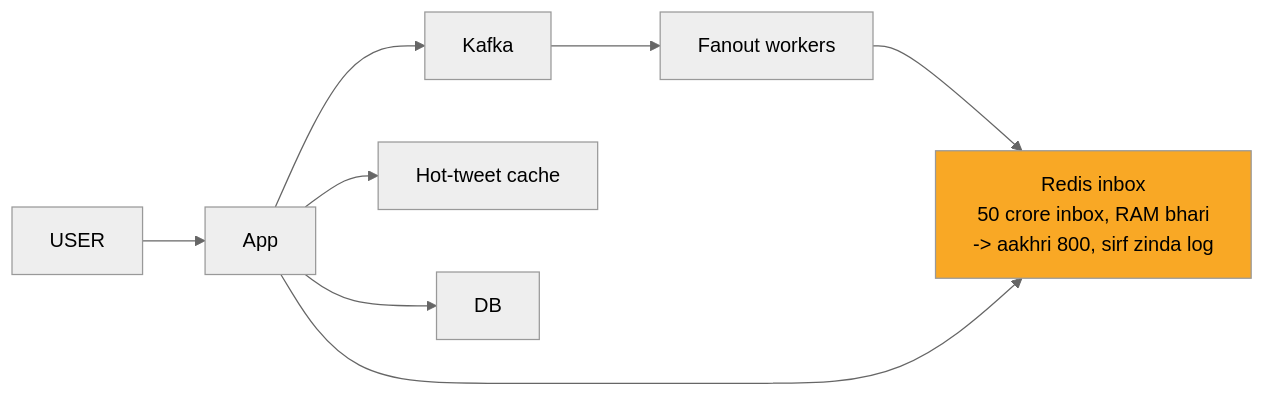
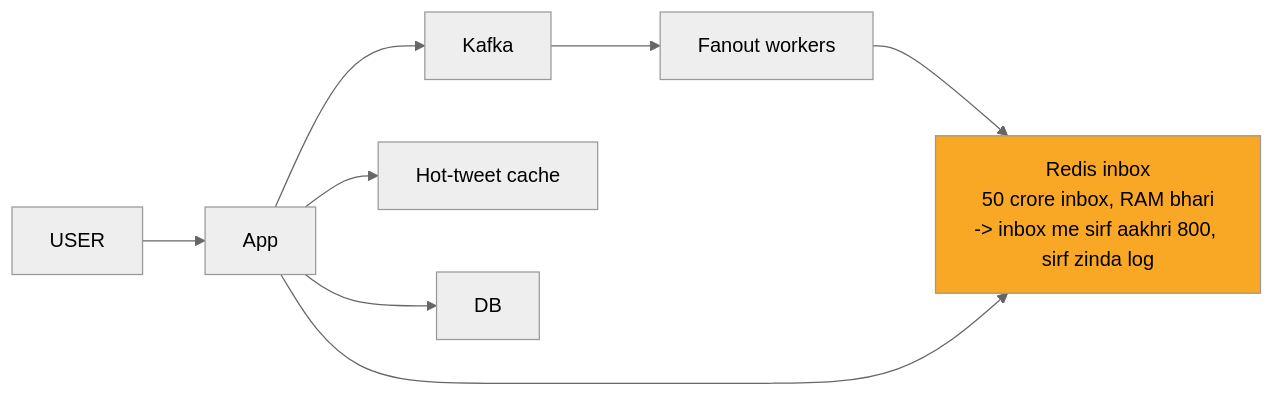
One commit to ArpanMaheshwari144/Prep changed the sixth of 12 diagrams in 04_HLD/SYSTEM_DESIGNS/03_twitter_feed/03_twitter_feed.md. Above: the diagram before and after it, drawn with Mermaid (neutral theme). The commit also changed other lines of this file and 13 other files, not shown here.

````diff
--- a/04_HLD/SYSTEM_DESIGNS/03_twitter_feed/03_twitter_feed.md
+++ b/04_HLD/SYSTEM_DESIGNS/03_twitter_feed/03_twitter_feed.md
@@ -239,18 +239,18 @@
 ```mermaid
 flowchart LR
     n_USER["USER"]
     n_App["App"]
     n_Kafka["Kafka"]
     n_Fanout_workers["Fanout workers"]
-    n_Redis_inbox["Redis inbox<br/>50 crore inbox, RAM bhari<br/>-> aakhri 800, sirf zinda log"]
+    n_Redis_inbox["Redis inbox<br/>50 crore inbox, RAM bhari<br/>-> inbox me sirf aakhri 800, sirf zinda log"]
     n_Hot_tweet_cache["Hot-tweet cache"]
     n_DB["DB"]
     n_USER --> n_App
     n_App --> n_Kafka
     n_App --> n_Hot_tweet_cache
     n_App --> n_DB
     n_Kafka --> n_Fanout_workers
     n_Fanout_workers --> n_Redis_inbox
     n_App --> n_Redis_inbox
     style n_Redis_inbox fill:#f9a825,color:#000
 ```
````
